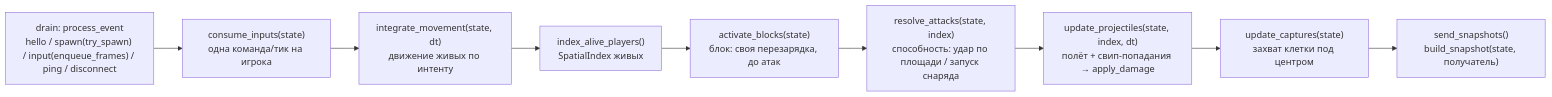
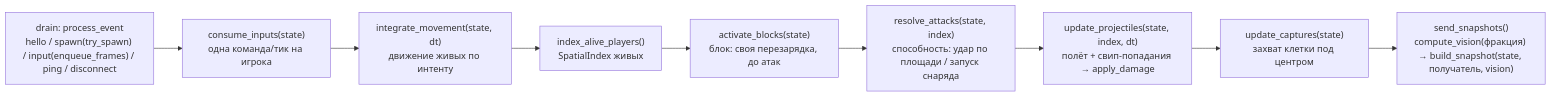
Before and after one commit to litcxx/Game: the fourth of 7 diagrams in server/docs/sequence-diagram.md, drawn with Mermaid. The commit also changed other lines of this file and 5 other files, not shown here.

Commit message:
docs: fog of war in the READMEs and sequence diagrams

````diff
--- a/server/docs/sequence-diagram.md
+++ b/server/docs/sequence-diagram.md
@@ -120,13 +120,13 @@
 ```mermaid
 flowchart LR
     drain["drain: process_event<br/>hello / spawn(try_spawn) / input(enqueue_frames) / ping / disconnect"]
     consume["consume_inputs(state)<br/>одна команда/тик на игрока"]
     move["integrate_movement(state, dt)<br/>движение живых по интенту"]
     index["index_alive_players()<br/>SpatialIndex живых"]
     blocks["activate_blocks(state)<br/>блок: своя перезарядка, до атак"]
     combat["resolve_attacks(state, index)<br/>способность: удар по площади / запуск снаряда"]
     proj["update_projectiles(state, index, dt)<br/>полёт + свип-попадания → apply_damage"]
     cap["update_captures(state)<br/>захват клетки под центром"]
-    snap["send_snapshots()<br/>build_snapshot(state, получатель)"]
+    snap["send_snapshots()<br/>compute_vision(фракция) → build_snapshot(state, получатель, vision)"]
     drain --> consume --> move --> index --> blocks --> combat --> proj --> cap --> snap
 ```
````
